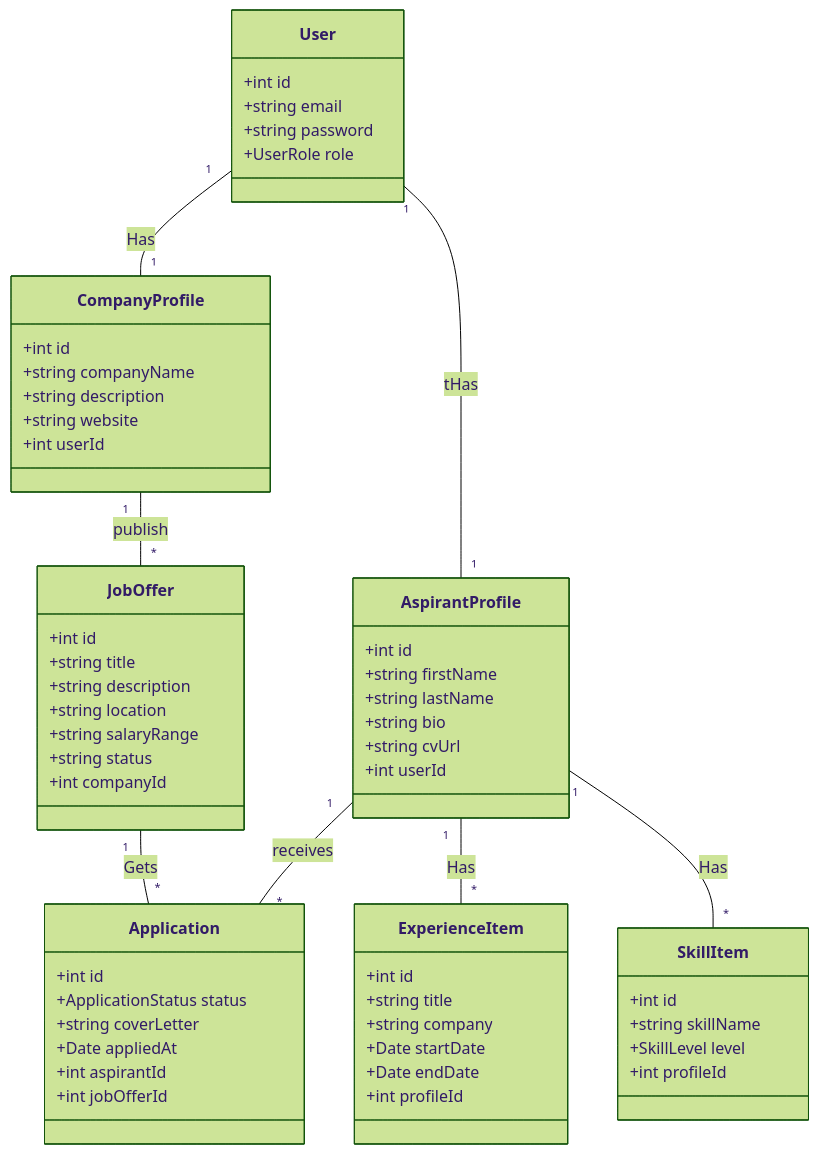
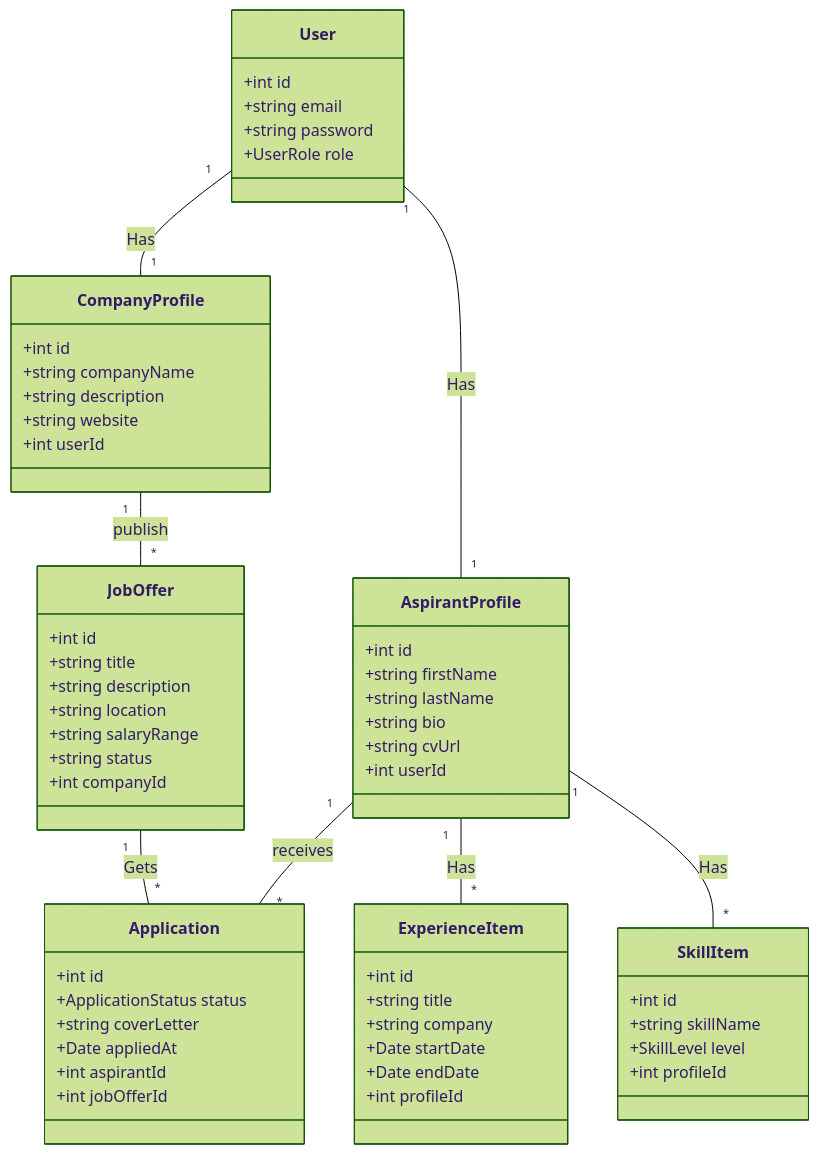
Before and after one commit to Drosc0/bolsaEmpleo_FE: the fourth of 4 diagrams in PROJECT_DESIGN_EN.md, drawn with Mermaid (forest theme).

Commit message:
Fix relationship label from 'tHas' to 'Has'

````diff
--- a/PROJECT_DESIGN_EN.md
+++ b/PROJECT_DESIGN_EN.md
@@ -83,70 +83,70 @@
 ```mermaid
 classDiagram
     class User {
         +int id
         +string email
         +string password
         +UserRole role
     }
 
     class AspirantProfile {
         +int id
         +string firstName
         +string lastName
         +string bio
         +string cvUrl
         +int userId
     }
 
     class CompanyProfile {
         +int id
         +string companyName
         +string description
         +string website
         +int userId
     }
 
     class JobOffer {
         +int id
         +string title
         +string description
         +string location
         +string salaryRange
         +string status
         +int companyId
     }
 
     class Application {
         +int id
         +ApplicationStatus status
         +string coverLetter
         +Date appliedAt
         +int aspirantId
         +int jobOfferId
     }
 
     class ExperienceItem {
         +int id
         +string title
         +string company
         +Date startDate
         +Date endDate
         +int profileId
     }
 
     class SkillItem {
         +int id
         +string skillName
         +SkillLevel level
         +int profileId
     }
 
     %% Relaciones
-    User "1" -- "1" AspirantProfile : tHas
+    User "1" -- "1" AspirantProfile : Has
     User "1" -- "1" CompanyProfile : Has
     CompanyProfile "1" -- "*" JobOffer : publish
     JobOffer "1" -- "*" Application : Gets
     AspirantProfile "1" -- "*" Application : receives
     AspirantProfile "1" -- "*" ExperienceItem : Has
     AspirantProfile "1" -- "*" SkillItem : Has
 ```
````
